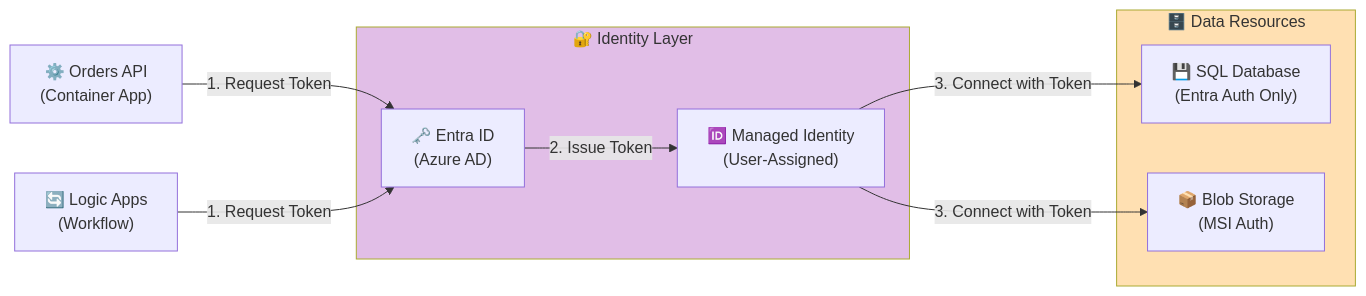
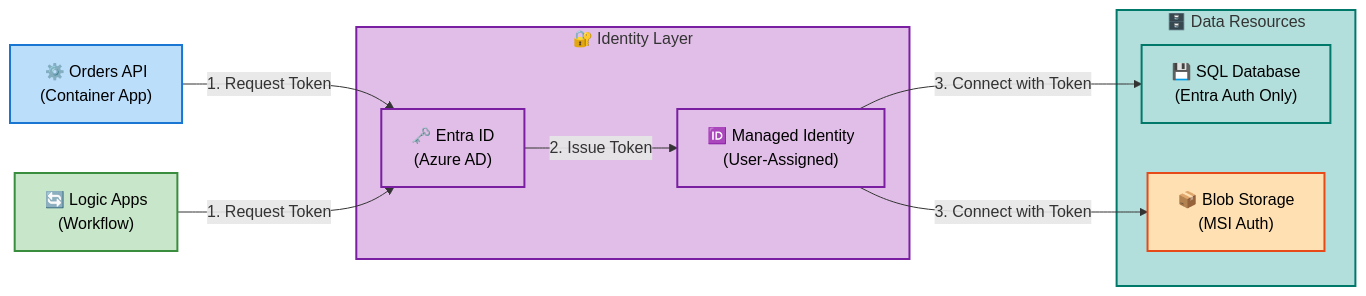
Before and after one commit to Evilazaro/Azure-LogicApps-Monitoring: the fourth of 8 diagrams in docs/architecture/data-Architecture.md, drawn with Mermaid. The commit also changed other lines of this file and 1 other file, not shown here.

Commit message:
docs: enhance color scheme documentation and accessibility features in data architecture diagrams

````diff
--- a/docs/architecture/data-Architecture.md
+++ b/docs/architecture/data-Architecture.md
@@ -546,32 +602,54 @@
 ```mermaid
 flowchart LR
     accTitle: Data Access Authentication Flow
     accDescr: Entra ID-based authentication flow for data access showing managed identity authentication to SQL and Storage
 
+    %% ============================================
+    %% STANDARD COLOR SCHEME v2.1
+    %% ============================================
+    classDef level1Group fill:#E8EAF6,stroke:#3F51B5,stroke-width:3px,color:#000
+    classDef level2Group fill:#C5CAE9,stroke:#3F51B5,stroke-width:2px,color:#000
+    classDef level3Group fill:#9FA8DA,stroke:#3F51B5,stroke-width:2px,color:#000
+    classDef level4Group fill:#7986CB,stroke:#3F51B5,stroke-width:1px,color:#000
+    classDef mainGroup fill:#E8EAF6,stroke:#3F51B5,stroke-width:3px,color:#000
+    classDef subGroup fill:#C5CAE9,stroke:#3F51B5,stroke-width:2px,color:#000
+    classDef mdBlue fill:#BBDEFB,stroke:#1976D2,stroke-width:2px,color:#000
+    classDef mdGreen fill:#C8E6C9,stroke:#388E3C,stroke-width:2px,color:#000
+    classDef mdYellow fill:#FFF9C4,stroke:#F57F17,stroke-width:2px,color:#000
+    classDef mdRed fill:#FFCDD2,stroke:#D32F2F,stroke-width:2px,color:#000
+    classDef mdOrange fill:#FFE0B2,stroke:#E64A19,stroke-width:2px,color:#000
+    classDef mdPurple fill:#E1BEE7,stroke:#7B1FA2,stroke-width:2px,color:#000
+    classDef mdTeal fill:#B2DFDB,stroke:#00796B,stroke-width:2px,color:#000
+    classDef mdGrey fill:#F5F5F5,stroke:#616161,stroke-width:2px,color:#000
+
     %% Actors
-    app["⚙️ Orders API<br/>(Container App)"]
-    logicapp["🔄 Logic Apps<br/>(Workflow)"]
+    app["⚙️ Orders API<br/>(Container App)"]:::mdBlue
+    logicapp["🔄 Logic Apps<br/>(Workflow)"]:::mdGreen
 
     %% Identity
     subgraph identity["🔐 Identity Layer"]
-        entraid["🗝️ Entra ID<br/>(Azure AD)"]
-        mi["🆔 Managed Identity<br/>(User-Assigned)"]
+        entraid["🗝️ Entra ID<br/>(Azure AD)"]:::mdPurple
+        mi["🆔 Managed Identity<br/>(User-Assigned)"]:::mdPurple
     end
 
     %% Data Stores
     subgraph data["🗄️ Data Resources"]
-        sql["💾 SQL Database<br/>(Entra Auth Only)"]
-        blob["📦 Blob Storage<br/>(MSI Auth)"]
+        sql["💾 SQL Database<br/>(Entra Auth Only)"]:::mdTeal
+        blob["📦 Blob Storage<br/>(MSI Auth)"]:::mdOrange
     end
 
     %% Relationships
     app -->|"1. Request Token"| entraid
     logicapp -->|"1. Request Token"| entraid
     entraid -->|"2. Issue Token"| mi
     mi -->|"3. Connect with Token"| sql
     mi -->|"3. Connect with Token"| blob
 
-    %% Styling
-    style identity fill:#E1BEE7
-    style data fill:#FFE0B2
+    %% ============================================
+    %% SUBGRAPH STYLING (2 subgraphs = 2 style directives)
+    %% ============================================
+    style identity fill:#E1BEE7,stroke:#7B1FA2,stroke-width:2px
+    style data fill:#B2DFDB,stroke:#00796B,stroke-width:2px
+
+    %% Accessibility: WCAG AA verified (4.5:1 contrast ratio)
 ```
````
